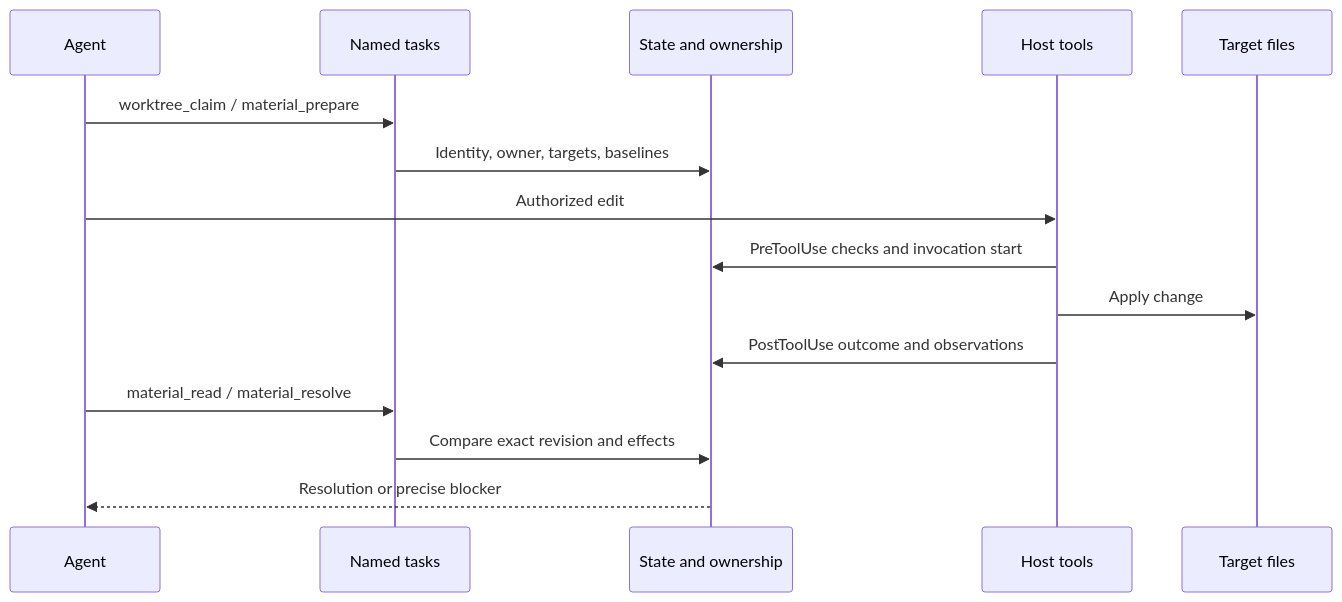
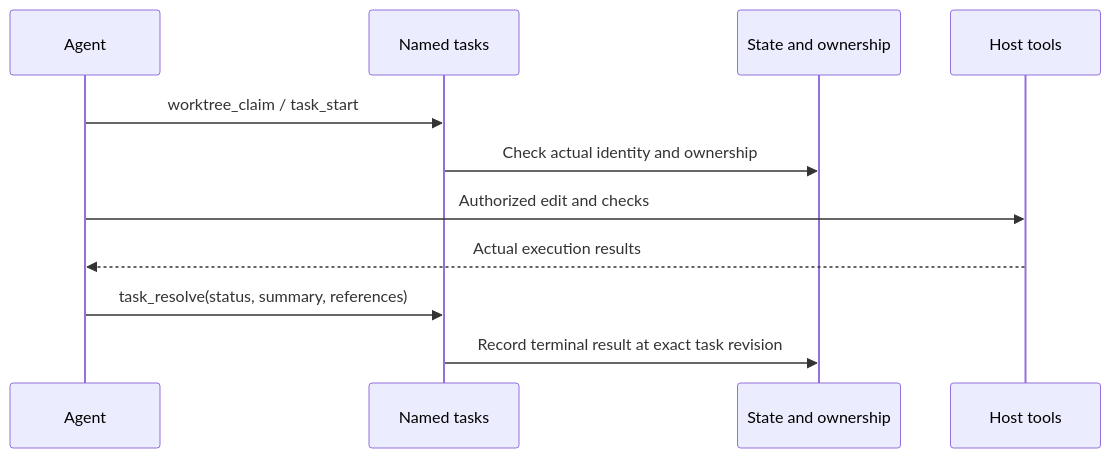
Before and after one commit to E5presso/neurath: the second of 7 diagrams in docs/en/contributing/runtime-lifecycle.md, drawn with Mermaid. The commit also changed other lines of this file and 7 other files, not shown here.

````diff
--- a/docs/en/contributing/runtime-lifecycle.md
+++ b/docs/en/contributing/runtime-lifecycle.md
@@ -44,17 +44,13 @@
 ```mermaid
 sequenceDiagram
     participant E as Agent
     participant T as Named tasks
     participant K as State and ownership
     participant H as Host tools
-    participant F as Target files
-    E->>T: worktree_claim / material_prepare
-    T->>K: Identity, owner, targets, baselines
-    E->>H: Authorized edit
-    H->>K: PreToolUse checks and invocation start
-    H->>F: Apply change
-    H->>K: PostToolUse outcome and observations
-    E->>T: material_read / material_resolve
-    T->>K: Compare exact revision and effects
-    K-->>E: Resolution or precise blocker
+    E->>T: worktree_claim / task_start
+    T->>K: Check actual identity and ownership
+    E->>H: Authorized edit and checks
+    H-->>E: Actual execution results
+    E->>T: task_resolve(status, summary, references)
+    T->>K: Record terminal result at exact task revision
 ```
````
